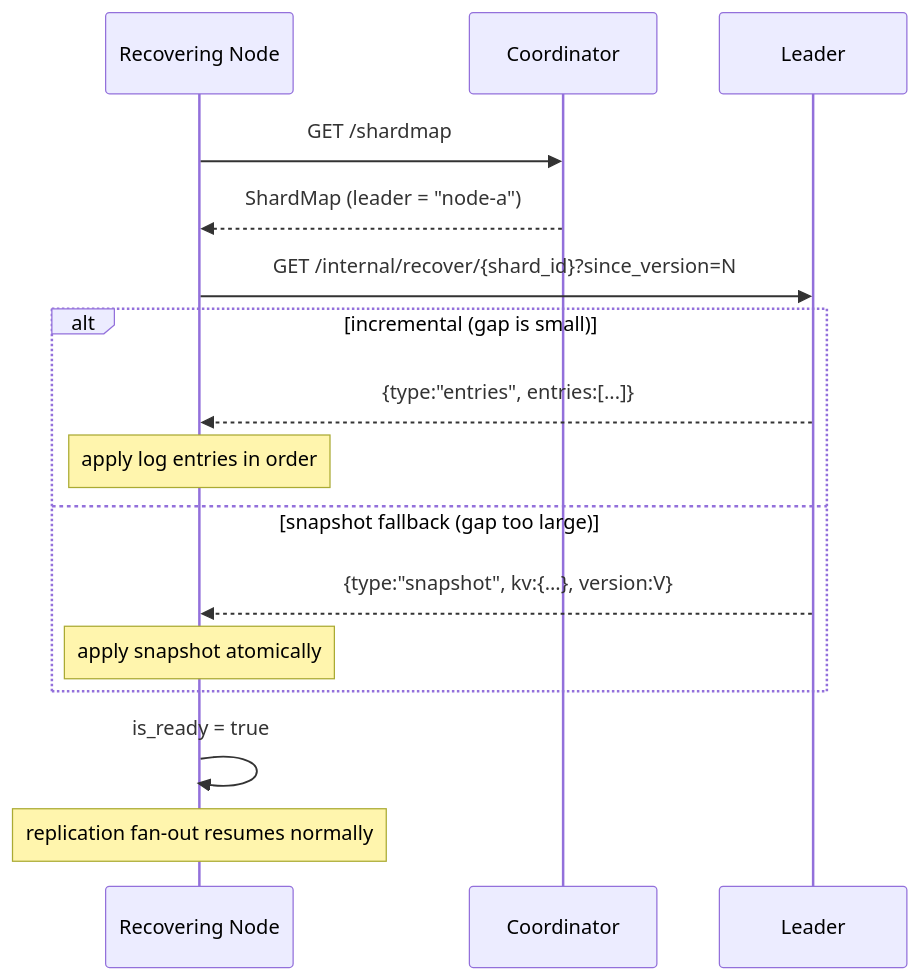
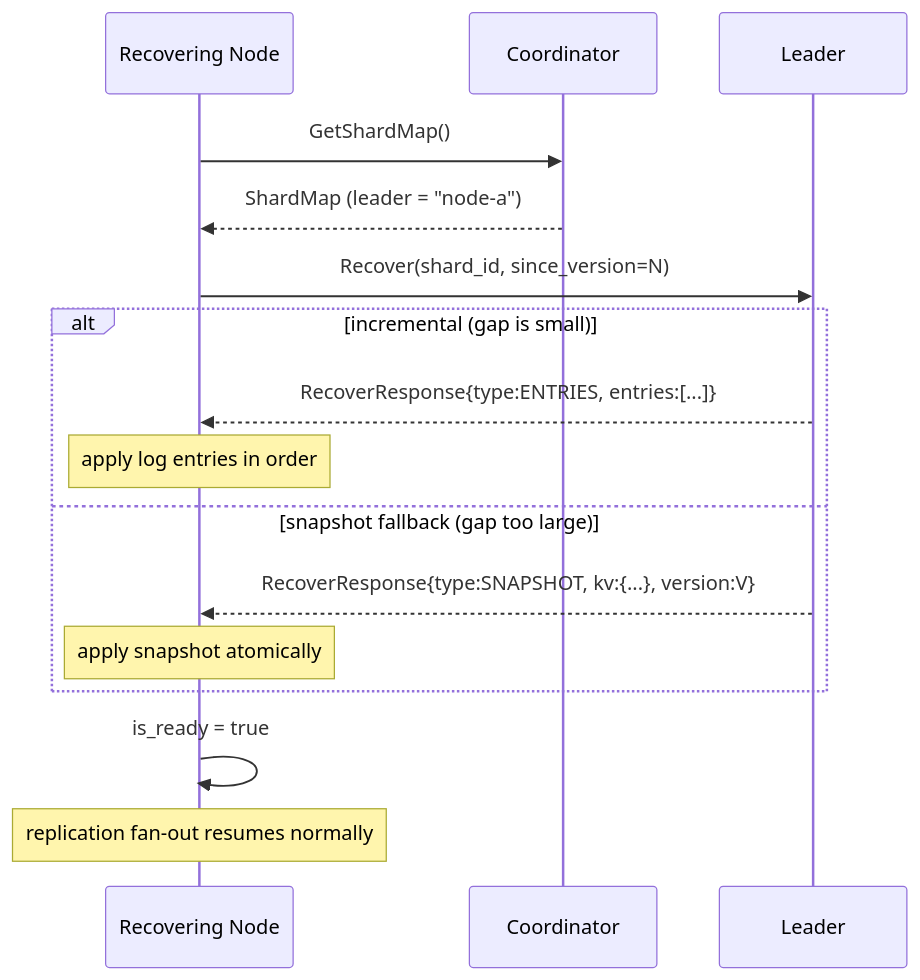
One commit to davecarr1024/doki changed the eighth of 17 diagrams in docs/architecture.md. Above: the diagram before and after it, drawn with Mermaid. The commit also changed other lines of this file and 7 other files, not shown here.

Commit message:
Update docs for gRPC surface and roadmap

````diff
--- a/docs/architecture.md
+++ b/docs/architecture.md
@@ -198,20 +199,20 @@
 ```mermaid
 sequenceDiagram
     participant R as Recovering Node
     participant CO as Coordinator
     participant L as Leader
 
-    R->>CO: GET /shardmap
+    R->>CO: GetShardMap()
     CO-->>R: ShardMap (leader = "node-a")
 
-    R->>L: GET /internal/recover/{shard_id}?since_version=N
+    R->>L: Recover(shard_id, since_version=N)
     alt incremental (gap is small)
-        L-->>R: {type:"entries", entries:[...]}
+        L-->>R: RecoverResponse{type:ENTRIES, entries:[...]}
         note over R: apply log entries in order
     else snapshot fallback (gap too large)
-        L-->>R: {type:"snapshot", kv:{...}, version:V}
+        L-->>R: RecoverResponse{type:SNAPSHOT, kv:{...}, version:V}
         note over R: apply snapshot atomically
     end
     R->>R: is_ready = true
     note over R: replication fan-out resumes normally
 ```
````
